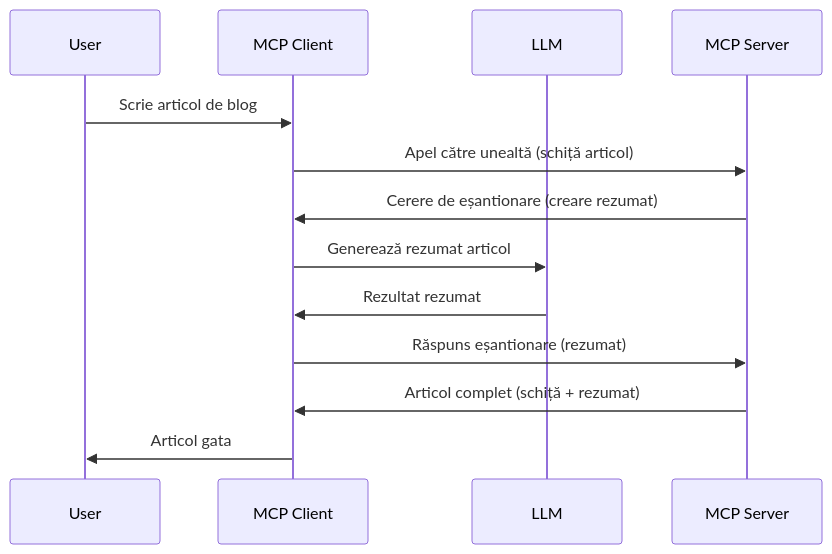
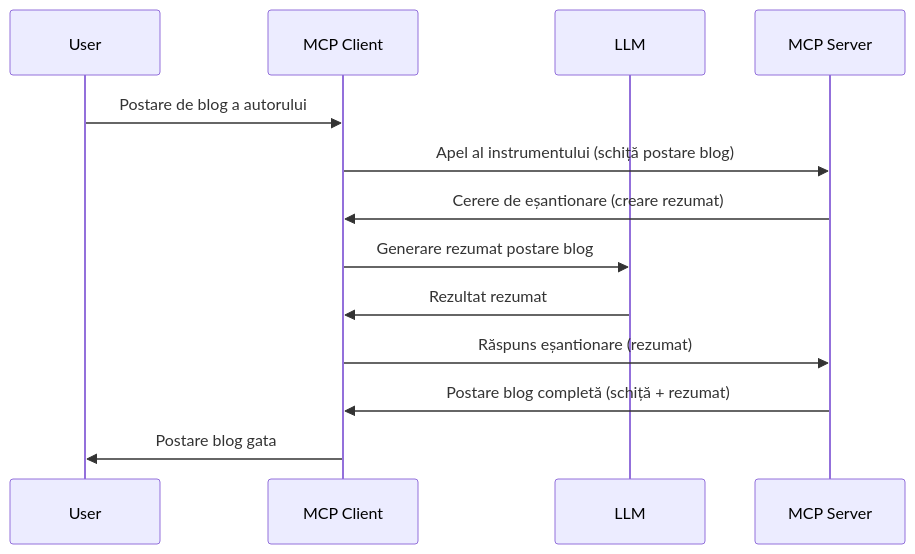
One commit to HIDORAKAI002/ai-workspace-archive changed the diagram in mcp_ecosystem__model_context_protocol/mcp_learning_resources/mcp-for-beginners/translations/ro/03-GettingStarted/14-sampling/README.md. Above: the diagram before and after it, drawn with Mermaid. The commit also changed other lines of this file and 1046 other files, not shown here.

````diff
--- a/mcp_ecosystem__model_context_protocol/mcp_learning_resources/mcp-for-beginners/translations/ro/03-GettingStarted/14-sampling/README.md
+++ b/mcp_ecosystem__model_context_protocol/mcp_learning_resources/mcp-for-beginners/translations/ro/03-GettingStarted/14-sampling/README.md
@@ -23,16 +25,16 @@
 ```mermaid
 sequenceDiagram
     participant User
     participant MCP Client
     participant LLM
     participant MCP Server
 
-    User->>MCP Client: Scrie articol de blog
-    MCP Client->>MCP Server: Apel către unealtă (schiță articol)
+    User->>MCP Client: Postare de blog a autorului
+    MCP Client->>MCP Server: Apel al instrumentului (schiță postare blog)
     MCP Server->>MCP Client: Cerere de eșantionare (creare rezumat)
-    MCP Client->>LLM: Generează rezumat articol
+    MCP Client->>LLM: Generare rezumat postare blog
     LLM->>MCP Client: Rezultat rezumat
     MCP Client->>MCP Server: Răspuns eșantionare (rezumat)
-    MCP Server->>MCP Client: Articol complet (schiță + rezumat)
-    MCP Client->>User: Articol gata
+    MCP Server->>MCP Client: Postare blog completă (schiță + rezumat)
+    MCP Client->>User: Postare blog gata
 ```
````
